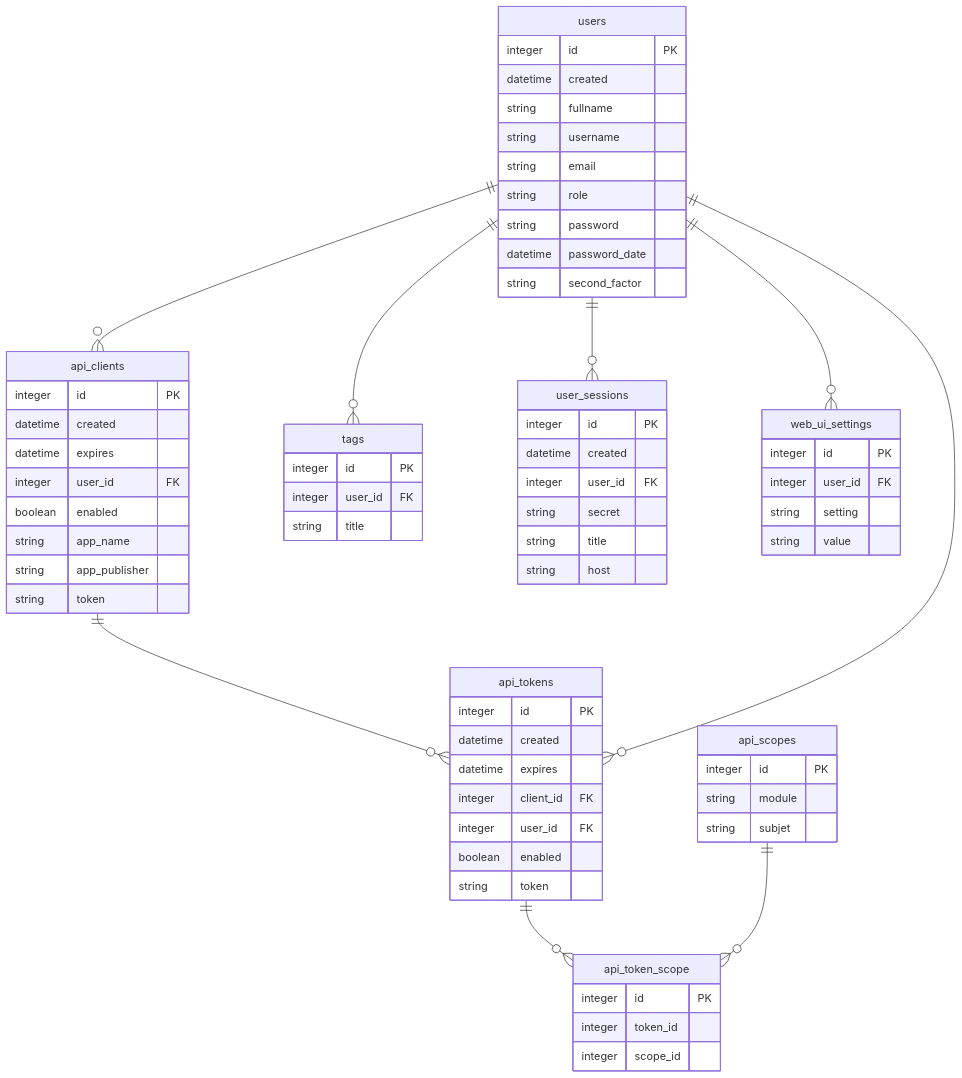
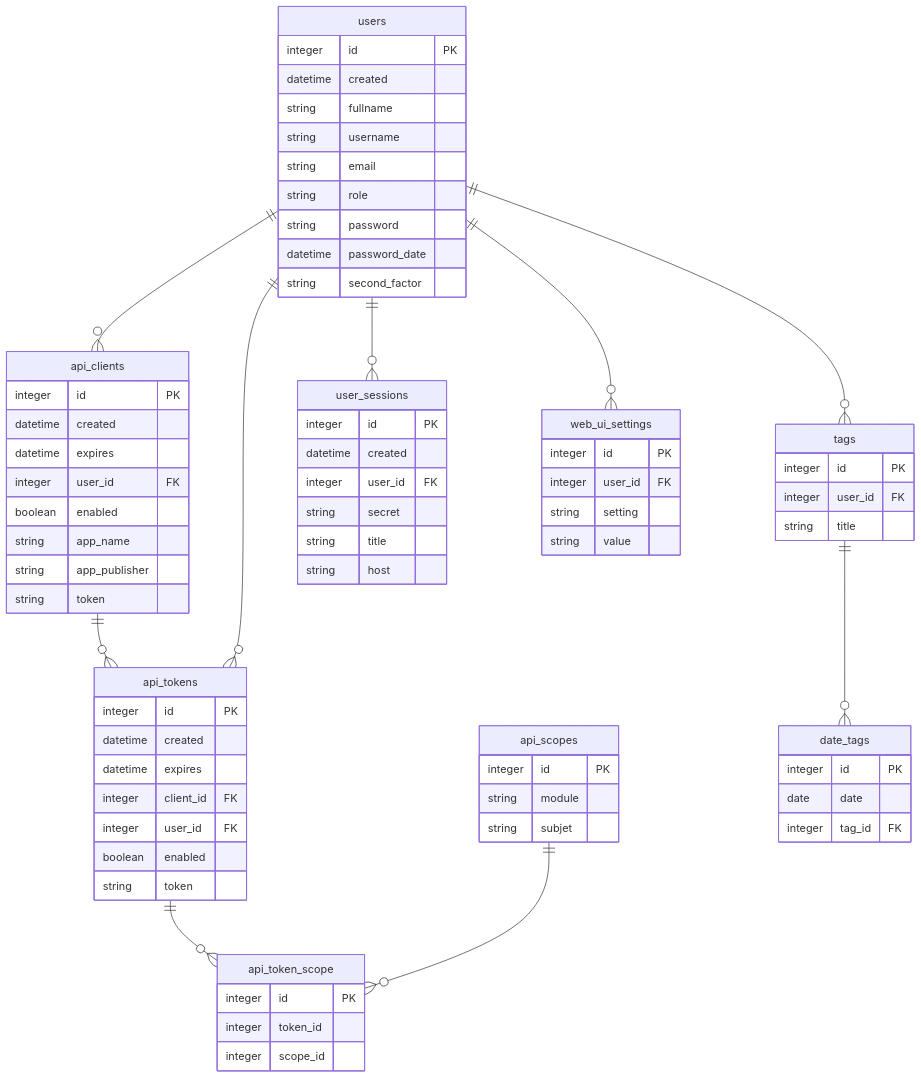
Before and after one commit to DarylStark/__archived_my: the diagram in docs/my_database_model.md, drawn with Mermaid.

```diff
--- a/docs/my_database_model.md
+++ b/docs/my_database_model.md
@@ -10,6 +10,7 @@
     api_clients ||--o{ api_tokens : ""
     api_tokens ||--o{ api_token_scope : ""
     api_scopes ||--o{ api_token_scope : ""
+    tags ||--o{ date_tags : ""
     users ||--o{ api_clients : ""
     users ||--o{ api_tokens : ""
     users ||--o{ tags : ""
@@ -51,6 +52,12 @@
         string token
     }
 
+    date_tags {
+        integer id PK
+        date date
+        integer tag_id FK
+    }
+
     tags {
         integer id PK
         integer user_id FK
```
